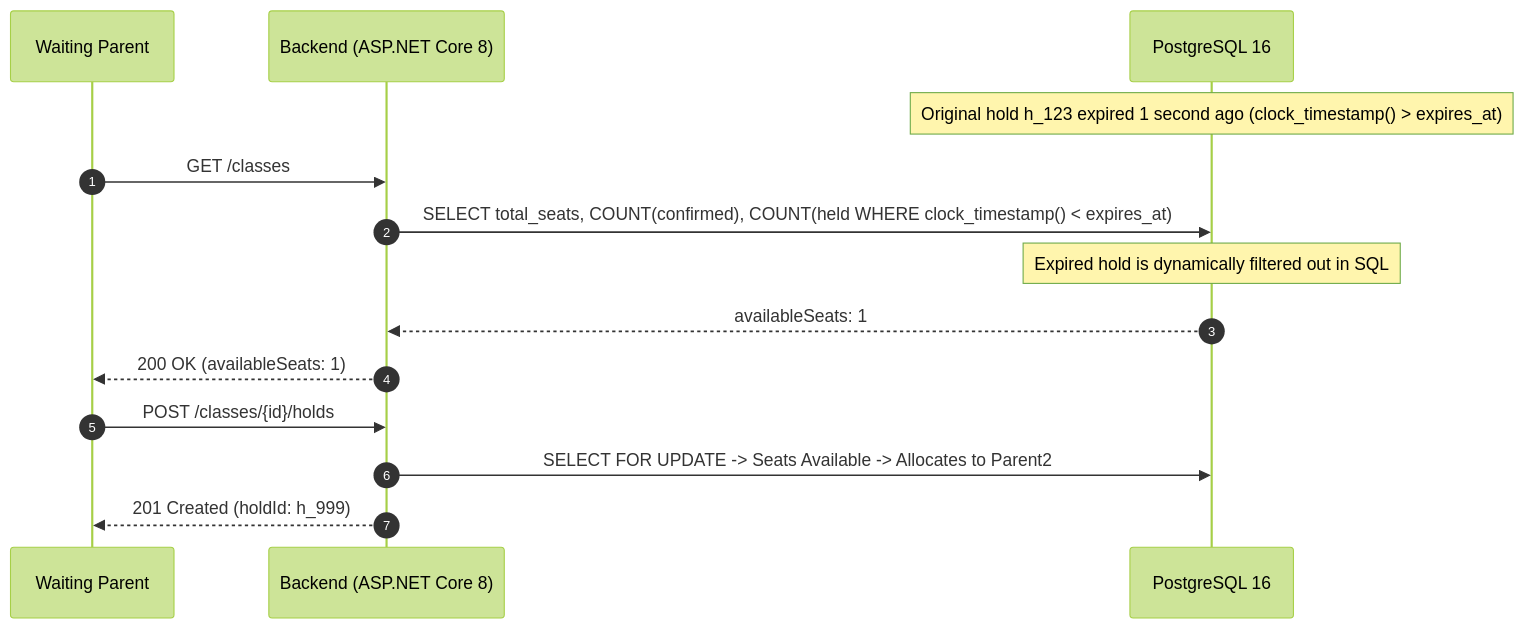
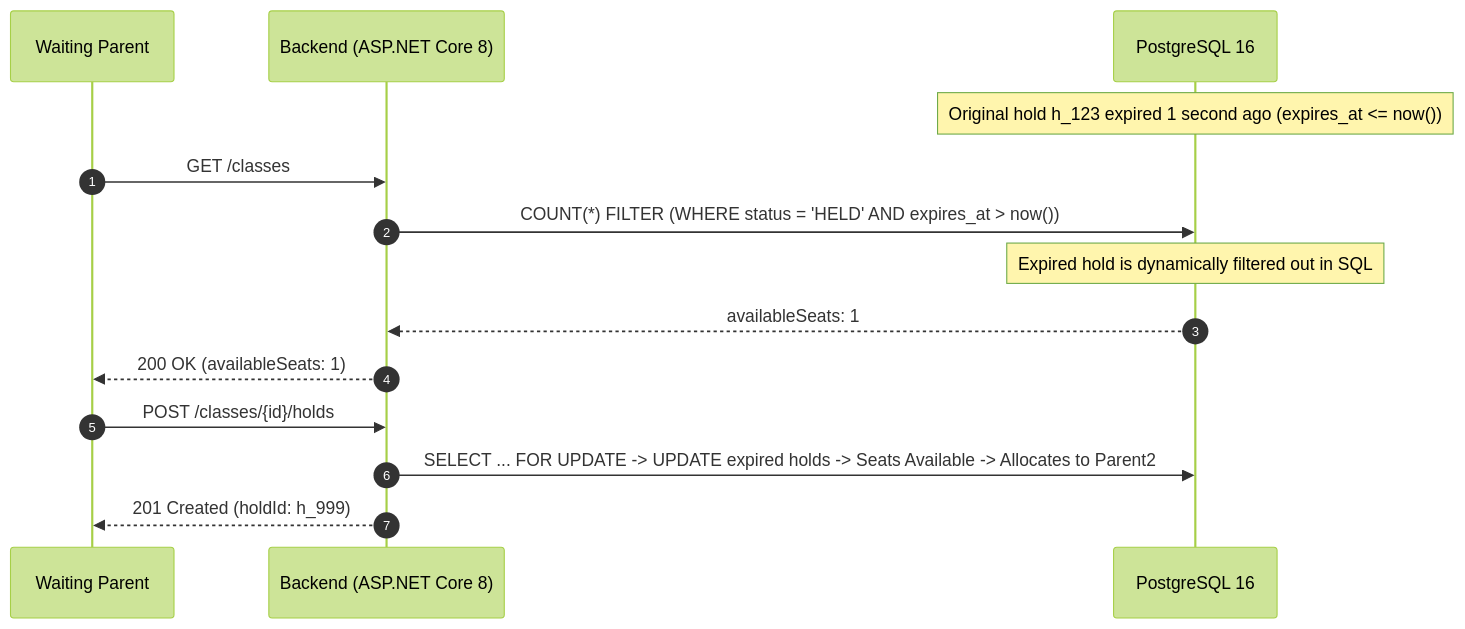
The seventh of 9 diagrams in ASSUMPTIONS.md (HeatsinkDip/school-admission-system), drawn with Mermaid (forest theme) before and after one commit. The commit also changed other lines of this file and 59 other files, not shown here.

Commit message:
docs: finalize README and ASSUMPTIONS architecture specs, untrack local tooling, and clean comments

````diff
--- a/ASSUMPTIONS.md
+++ b/ASSUMPTIONS.md
@@ -322,17 +330,17 @@
 ```mermaid
 sequenceDiagram
     autonumber
     participant Parent2 as Waiting Parent
     participant API as Backend (ASP.NET Core 8)
     participant DB as PostgreSQL 16
     
-    Note over DB: Original hold h_123 expired 1 second ago (clock_timestamp() > expires_at)
+    Note over DB: Original hold h_123 expired 1 second ago (expires_at <= now())
     Parent2->>API: GET /classes
-    API->>DB: SELECT total_seats, COUNT(confirmed), COUNT(held WHERE clock_timestamp() < expires_at)
+    API->>DB: COUNT(*) FILTER (WHERE status = 'HELD' AND expires_at > now())
     Note over DB: Expired hold is dynamically filtered out in SQL
     DB-->>API: availableSeats: 1
     API-->>Parent2: 200 OK (availableSeats: 1)
     Parent2->>API: POST /classes/{id}/holds
-    API->>DB: SELECT FOR UPDATE -> Seats Available -> Allocates to Parent2
+    API->>DB: SELECT ... FOR UPDATE -> UPDATE expired holds -> Seats Available -> Allocates to Parent2
     API-->>Parent2: 201 Created (holdId: h_999)
 ```
````
